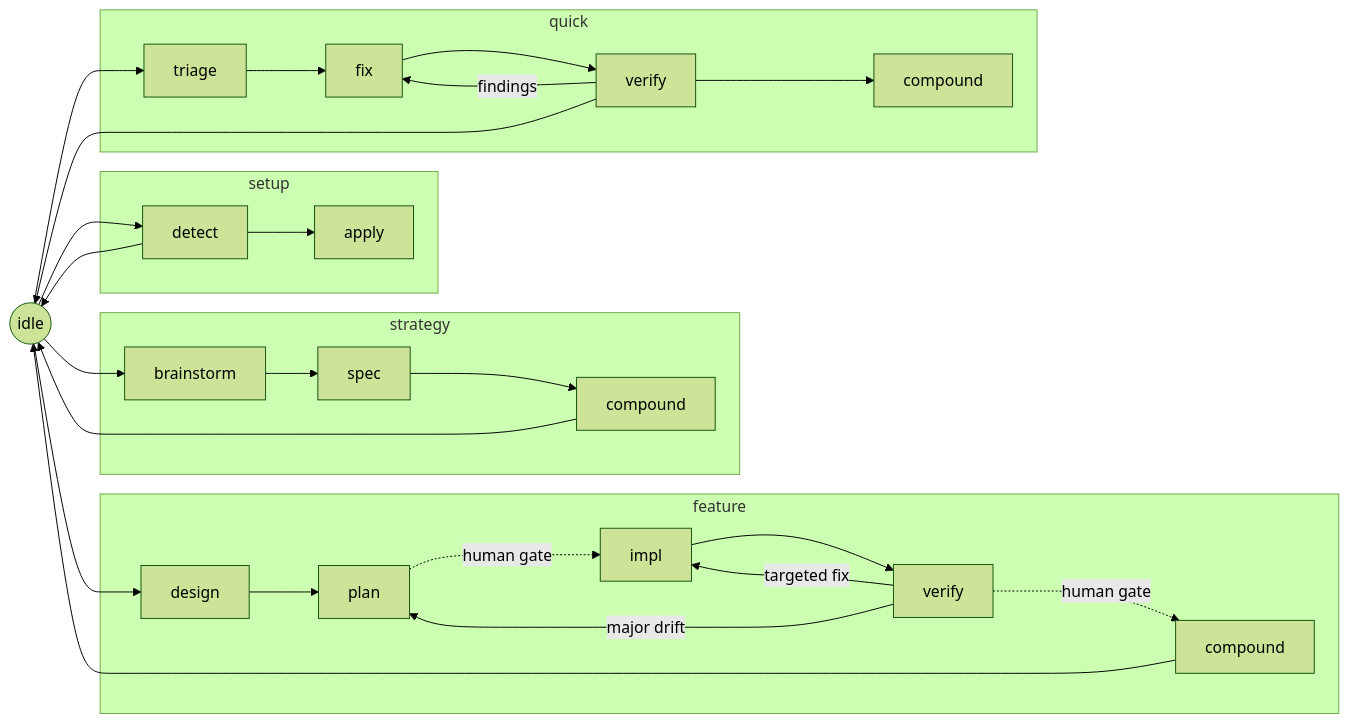
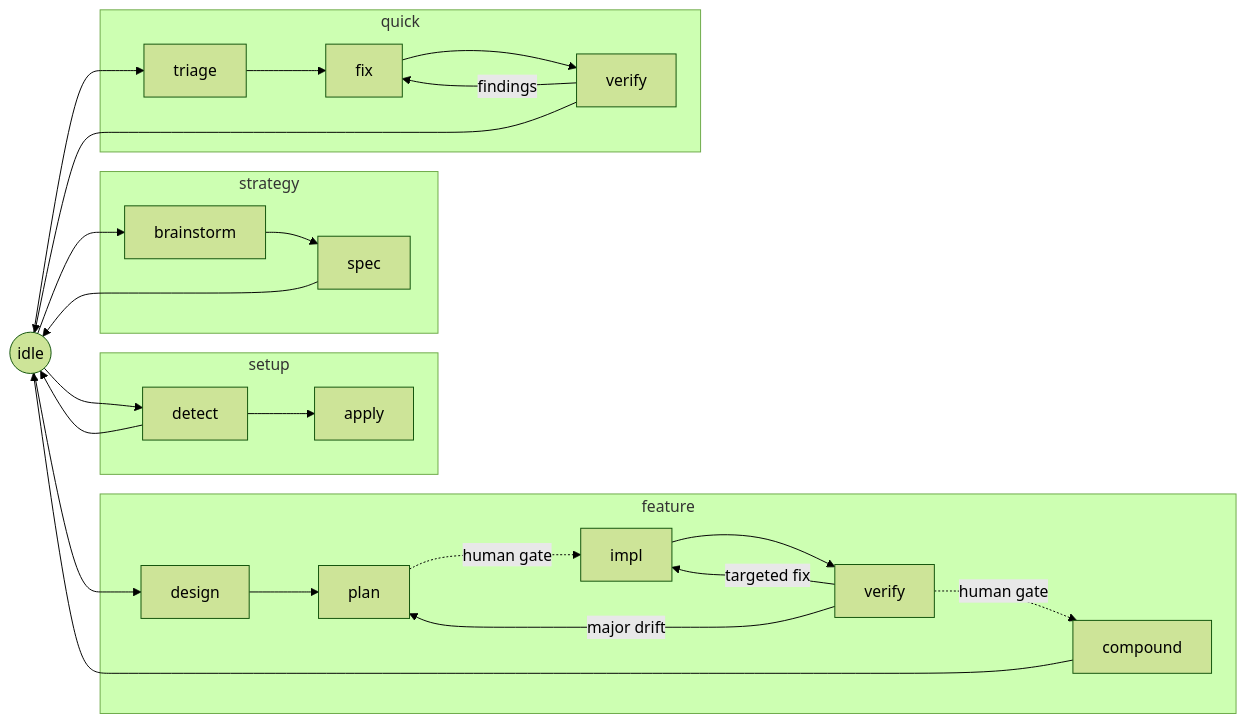
One commit to LennardZuendorf/vibe changed the diagram in flow/README.md. Above: the diagram before and after it, drawn with Mermaid (forest theme). The commit also changed other lines of this file and 30 other files, not shown here.

First line of the commit message:
refactor(flow): cut caveman, amend, dead states

````diff
--- a/flow/README.md
+++ b/flow/README.md
@@ -59,27 +60,27 @@
 ```mermaid
 flowchart LR
     I((idle))
     subgraph setup
         SD[detect] --> SA[apply]
     end
     subgraph strategy
-        SB[brainstorm] --> SS[spec] --> SC[compound]
+        SB[brainstorm] --> SS[spec]
     end
     subgraph feature
         D[design] --> P[plan] -. human gate .-> IM[impl] --> V[verify]
         V -. human gate .-> C[compound]
         V -->|targeted fix| IM
         V -->|major drift| P
     end
     subgraph quick
-        T[triage] --> F[fix] --> QV[verify] --> QC[compound]
+        T[triage] --> F[fix] --> QV[verify]
         QV -->|findings| F
     end
     I --> SD --> I
     I --> SB
     I --> D
     I --> T
-    SC --> I
+    SS --> I
     C --> I
     QV --> I
 ```
````
